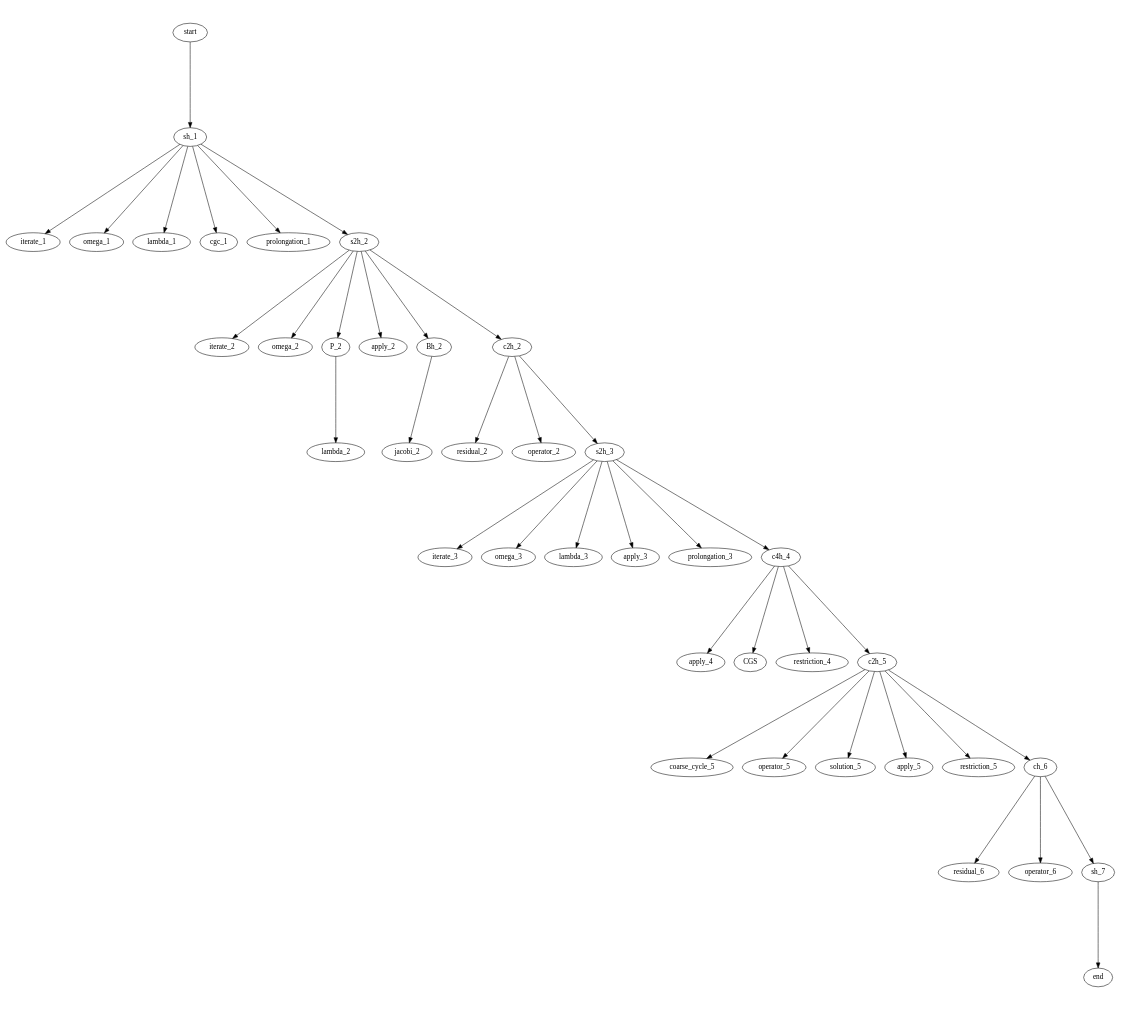
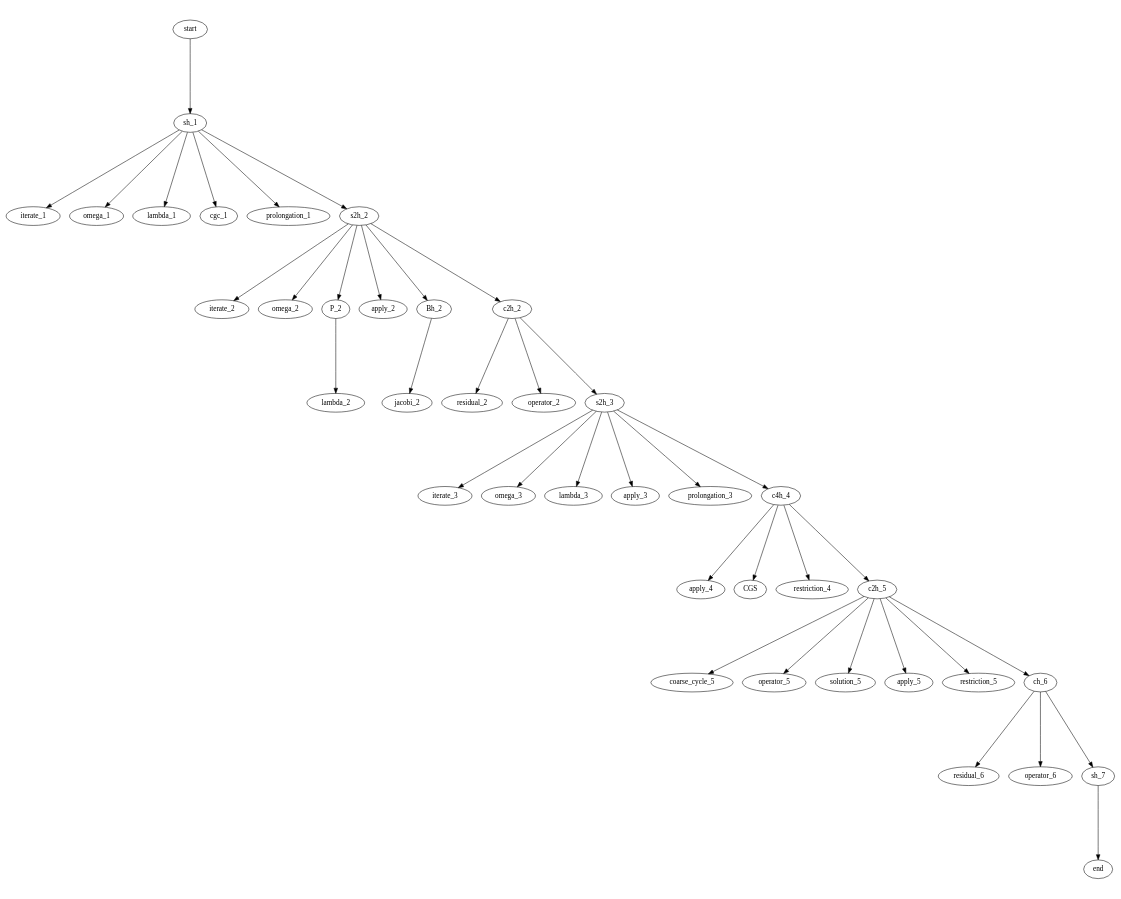
The diagram in tree_generation_scripts/three_grid_method_grammar_tree.dot (jonas-schmitt/thesis), drawn with Graphviz before and after one commit. The commit also changed 1 other file, not shown here.

```diff
--- a/tree_generation_scripts/three_grid_method_grammar_tree.dot
+++ b/tree_generation_scripts/three_grid_method_grammar_tree.dot
@@ -1,85 +1,85 @@
 digraph G {  
-  ratio=0.9;
+  ratio=0.8;
   ordering=in ;
   start [texlbl="$\langle S \rangle$"];
   start -> sh_1
   sh_1 [texlbl="$\langle s_h\rangle$"];
   sh_1 -> iterate_1
   sh_1 -> omega_1
   sh_1 -> lambda_1
   sh_1 -> cgc_1
   sh_1 -> prolongation_1
   sh_1 -> s2h_2
   iterate_1 [texlbl="\textsc{iterate}"];
   omega_1 [texlbl="$1.0$"];
   lambda_1 [texlbl="$\lambda$"];
   cgc_1 [texlbl="\textsc{cgc}"];
   prolongation_1 [texlbl="$I_{2h}^h$"];
   s2h_2 [texlbl="$\langle s_{2h}\rangle$"];
   s2h_2 -> iterate_2
   iterate_2 [texlbl="\textsc{iterate}"];
   s2h_2 -> omega_2
   omega_2 [texlbl="$0.6$"];
   s2h_2 -> P_2
   P_2 [texlbl="$\langle \mathcal P \rangle$"];
   P_2 -> lambda_2
   lambda_2 [texlbl="$\lambda$"];
   s2h_2 -> apply_2
   apply_2 [texlbl="\textsc{apply}"];
   s2h_2 -> Bh_2
   Bh_2 [texlbl="$\langle B_{2h} \rangle$"];
   Bh_2 -> jacobi_2
   jacobi_2 [texlbl="$D_{2h}^{-1}$"];
   s2h_2 -> c2h_2
 
   c2h_2 [texlbl="$\langle c_{2h} \rangle$"];
   c2h_2 -> residual_2
   residual_2 [texlbl="\textsc{residual}"];
   c2h_2 -> operator_2
   operator_2 [texlbl="$A_{2h}$"];
   c2h_2 -> s2h_3
   s2h_3 [texlbl="$\langle s_{2h}\rangle$"]; 
   s2h_3 -> iterate_3
   iterate_3 [texlbl="\textsc{iterate}"];
   s2h_3 -> omega_3
   omega_3 [texlbl="$1.0$"];
   s2h_3 -> lambda_3
   lambda_3 [texlbl="$\lambda$"];
   s2h_3 -> apply_3
   apply_3 [texlbl="\textsc{apply}"];
   s2h_3 -> prolongation_3
   prolongation_3 [texlbl="$I_{4h}^{2h}$"];
   s2h_3 -> c4h_4
   c4h_4 [texlbl="$\langle c_{4h} \rangle$"];
   apply_4 [texlbl="\textsc{apply}"];
   c4h_4 -> CGS
   CGS [texlbl="$A_{4h}^{-1}$"];
   c4h_4 -> apply_4
   apply_4 [texlbl="\textsc{apply}"];
   c4h_4 -> restriction_4
   restriction_4 [texlbl="$I_{2h}^{4h}$"];
   c4h_4 -> c2h_5
   c2h_5 [texlbl="$\langle c_{2h} \rangle$"];
   c2h_5 -> coarse_cycle_5
   coarse_cycle_5 [texlbl="\textsc{cge}"];
   c2h_5 -> operator_5
   operator_5 [texlbl="$A_{2h}$"];
   c2h_5 -> solution_5
   solution_5 [texlbl="$x^0_{2h}$"];
   c2h_5 -> apply_5
   apply_5 [texlbl="\textsc{apply}"];
   c2h_5 -> restriction_5
   restriction_5 [texlbl="$I_{h}^{2h}$"];
   c2h_5 -> ch_6
   ch_6 [texlbl="$\langle c_{h} \rangle$"];
   ch_6 -> residual_6
   residual_6 [texlbl="\textsc{residual}"];
   ch_6 -> operator_6
   operator_6 [texlbl="$A_{h}$"];
   ch_6 -> sh_7
   sh_7 [texlbl="$\langle s_{h} \rangle$"];
   sh_7 -> end
   
   
   end [texlbl="$(x_h^0, b_h, \lambda, \lambda)$"];
 }
```
